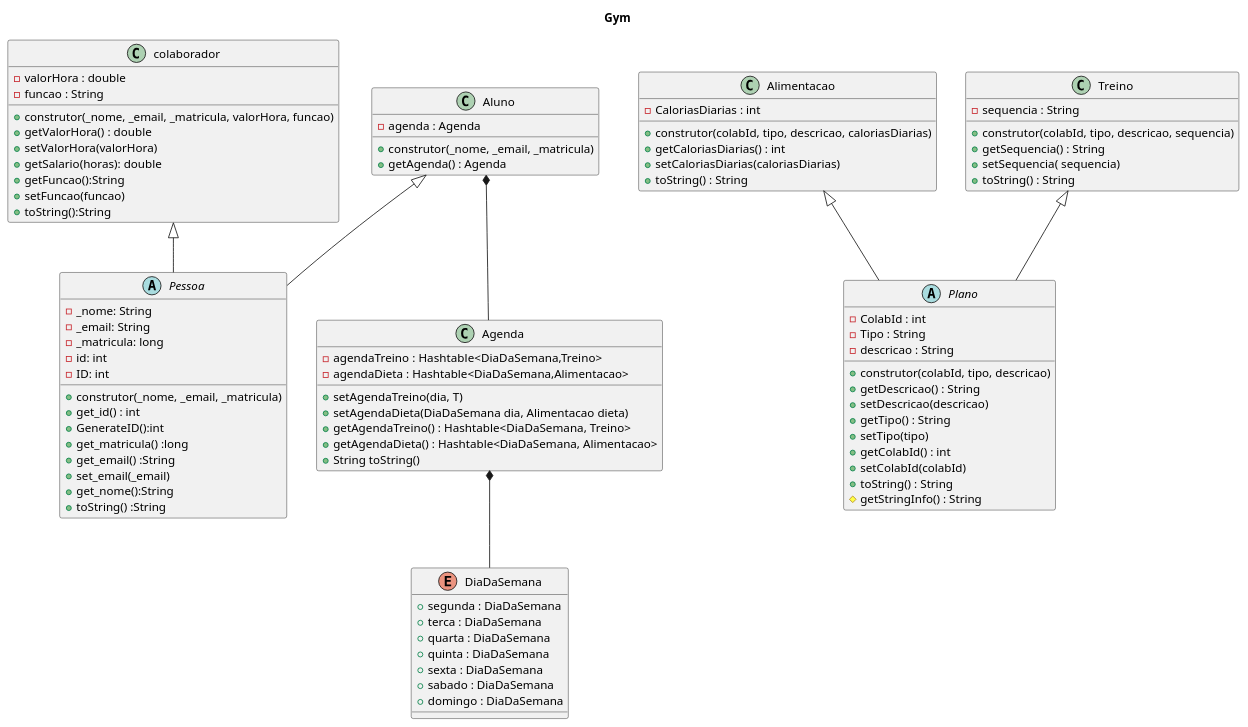
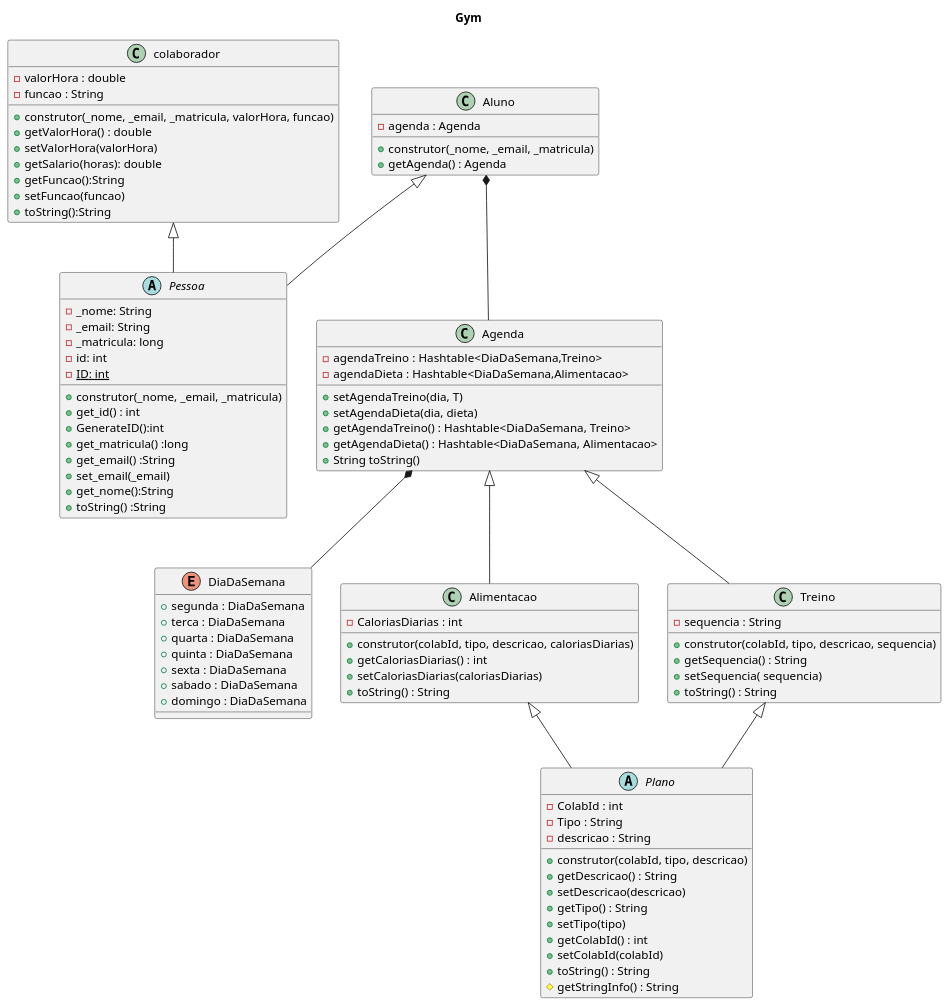
The diagram in POOGIM/Diagrama/diagrama.plantuml (chanbito/POO2021-2), drawn with PlantUML before and after one commit. The commit also changed 1 other file, not shown here.

```diff
--- a/POOGIM/Diagrama/diagrama.plantuml
+++ b/POOGIM/Diagrama/diagrama.plantuml
@@ -1,89 +1,91 @@
 @startuml Gym
 title Gym
 
 abstract class Pessoa {
     - _nome: String 
     - _email: String
     -  _matricula: long
     - id: int
-    - ID: int 
+    - {static} ID: int 
     + construtor(_nome, _email, _matricula)
     + get_id() : int
     + GenerateID():int
     + get_matricula() :long
     + get_email() :String
     + set_email(_email) 
     + get_nome():String
     + toString() :String
 }
 class Aluno {
     -agenda : Agenda 
     +construtor(_nome, _email, _matricula) 
     +getAgenda() : Agenda
 }
 class colaborador {
     - valorHora : double
     - funcao : String
     +construtor(_nome, _email, _matricula, valorHora, funcao)
     +getValorHora() : double
     +setValorHora(valorHora)
     +getSalario(horas): double
     +getFuncao():String
     +setFuncao(funcao)
     +toString():String
 }
 class Agenda {
     - agendaTreino : Hashtable<DiaDaSemana,Treino>
     - agendaDieta : Hashtable<DiaDaSemana,Alimentacao>
     + setAgendaTreino(dia, T)
-    + setAgendaDieta(DiaDaSemana dia, Alimentacao dieta)
+    + setAgendaDieta(dia, dieta)
     + getAgendaTreino() : Hashtable<DiaDaSemana, Treino>
     + getAgendaDieta() : Hashtable<DiaDaSemana, Alimentacao>
     + String toString()
 }
 enum DiaDaSemana {
     +segunda : DiaDaSemana
     +terca : DiaDaSemana
     +quarta : DiaDaSemana
     +quinta : DiaDaSemana
     +sexta : DiaDaSemana
     +sabado : DiaDaSemana
     +domingo : DiaDaSemana
 }
 class Alimentacao {
     - CaloriasDiarias : int 
     + construtor(colabId, tipo, descricao, caloriasDiarias)
     + getCaloriasDiarias() : int 
     + setCaloriasDiarias(caloriasDiarias) 
     + toString() : String
 }
 abstract class Plano {
     - ColabId : int
     - Tipo : String 
     - descricao : String 
     + construtor(colabId, tipo, descricao)
     + getDescricao() : String 
     + setDescricao(descricao)
     + getTipo() : String 
     + setTipo(tipo)
     + getColabId() : int 
     + setColabId(colabId)
     + toString() : String 
     # getStringInfo() : String
 }
 class Treino {
     - sequencia : String
     + construtor(colabId, tipo, descricao, sequencia)
     + getSequencia() : String
     + setSequencia( sequencia)
     + toString() : String
 }
 
 Treino <|-- Plano
 Aluno <|-- Pessoa
+Agenda <|-- Treino
+Agenda <|-- Alimentacao
 colaborador <|-- Pessoa
 Agenda *-- DiaDaSemana
 Aluno *-- Agenda
 Alimentacao <|-- Plano
 
 @enduml
```
